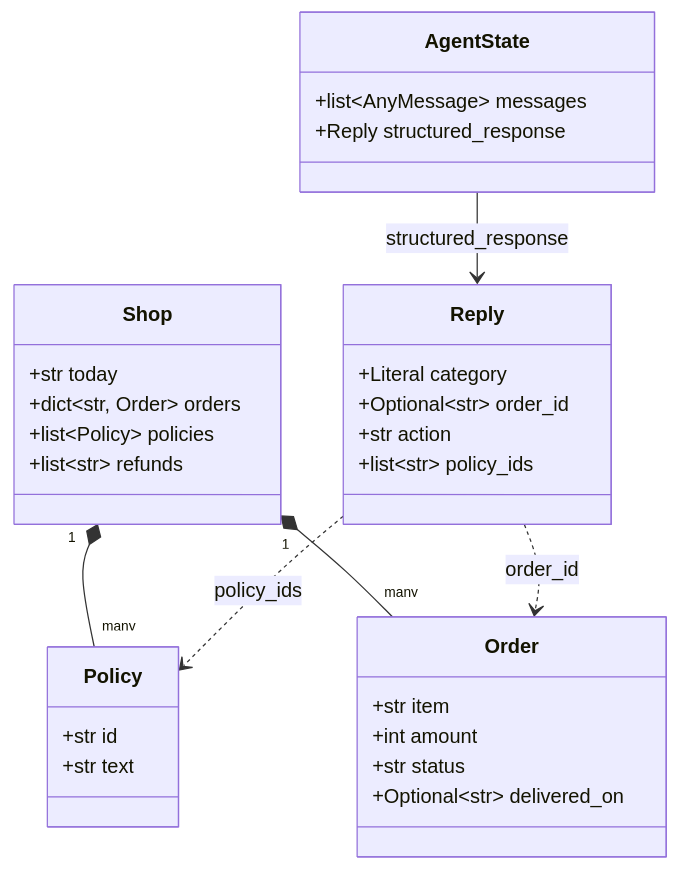
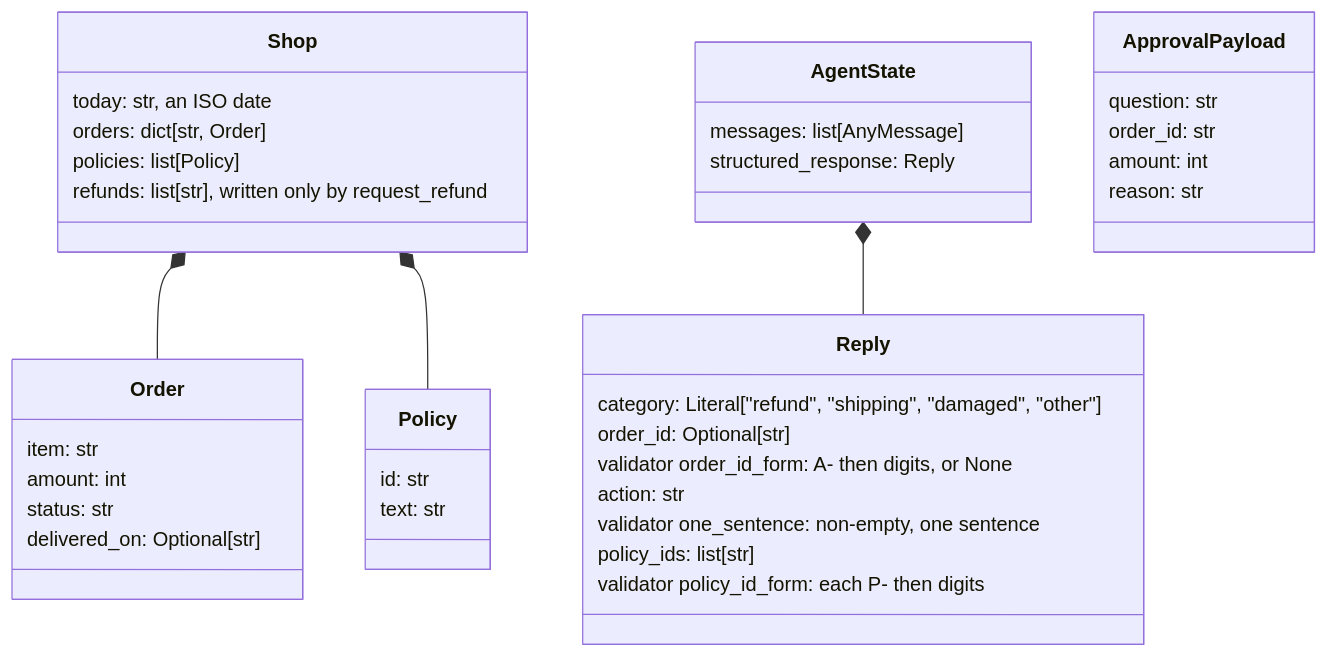
The sixth of 6 diagrams in practice/reference/sample-run/docs/MODEL.md (BrianMills2718/interview-kit), drawn with Mermaid before and after one commit. The commit also changed other lines of this file and 18 other files, not shown here.

First line of the commit message:
[Goal kit-v3-diagram-set] New practice sample with the agent-loop diagrams; kit fixes from its dry run

````diff
--- a/practice/reference/sample-run/docs/MODEL.md
+++ b/practice/reference/sample-run/docs/MODEL.md
@@ -116,34 +134,41 @@
 ```mermaid
 classDiagram
+  class Reply {
+    category: Literal["refund", "shipping", "damaged", "other"]
+    order_id: Optional[str]
+    validator order_id_form: A- then digits, or None
+    action: str
+    validator one_sentence: non-empty, one sentence
+    policy_ids: list[str]
+    validator policy_id_form: each P- then digits
+  }
   class Shop {
-    +str today
-    +dict~str, Order~ orders
-    +list~Policy~ policies
-    +list~str~ refunds
+    today: str, an ISO date
+    orders: dict[str, Order]
+    policies: list[Policy]
+    refunds: list[str], written only by request_refund
   }
   class Order {
-    +str item
-    +int amount
-    +str status
-    +Optional~str~ delivered_on
+    item: str
+    amount: int
+    status: str
+    delivered_on: Optional[str]
   }
   class Policy {
-    +str id
-    +str text
-  }
-  class Reply {
-    +Literal category
-    +Optional~str~ order_id
-    +str action
-    +list~str~ policy_ids
+    id: str
+    text: str
   }
   class AgentState {
-    +list~AnyMessage~ messages
-    +Reply structured_response
+    messages: list[AnyMessage]
+    structured_response: Reply
   }
-  Shop "1" *-- "many" Order
-  Shop "1" *-- "many" Policy
-  AgentState --> Reply : structured_response
-  Reply ..> Policy : policy_ids
-  Reply ..> Order : order_id
+  class ApprovalPayload {
+    question: str
+    order_id: str
+    amount: int
+    reason: str
+  }
+  Shop *-- Order
+  Shop *-- Policy
+  AgentState *-- Reply
 ```
````
